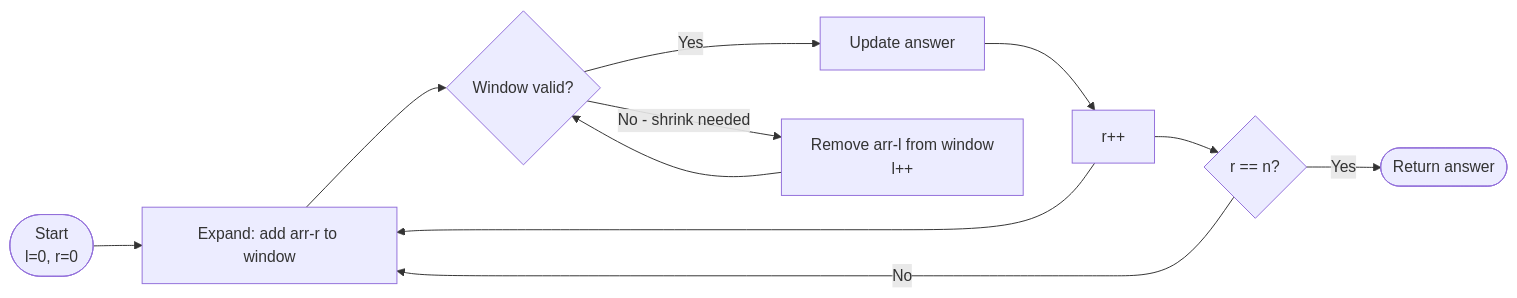
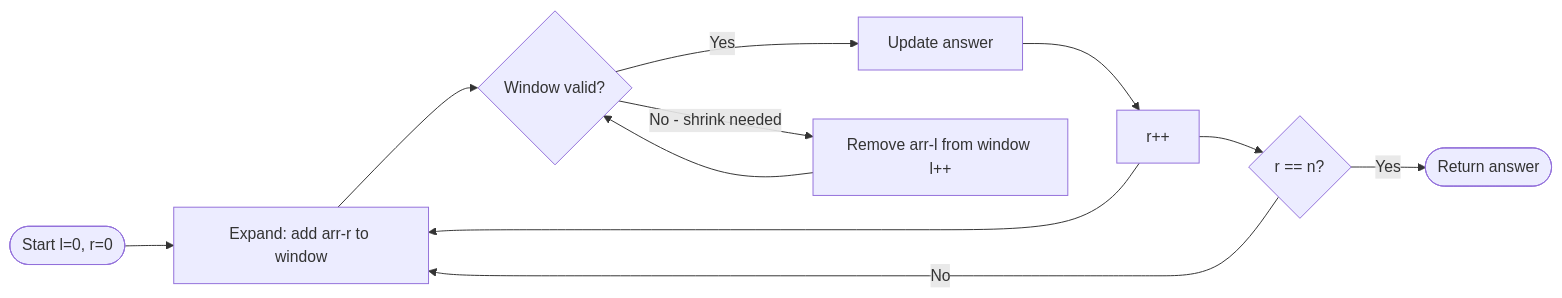
Before and after one commit to deepanshu-rawat6/AlgoAtlas: the fourth of 6 diagrams in sliding_window/README.md, drawn with Mermaid. The commit also changed other lines of this file and 13 other files, not shown here.

````diff
--- a/sliding_window/README.md
+++ b/sliding_window/README.md
@@ -89,13 +89,13 @@
 ```mermaid
 flowchart LR
-    A([Start<br>l=0, r=0]) --> B[Expand: add arr-r to window]
+    A([Start l=0, r=0]) --> B[Expand: add arr-r to window]
     B --> C{"Window valid?"}
     C -->|Yes| D[Update answer]
     D --> E[r++]
     E --> B
-    C -->|No - shrink needed| F[Remove arr-l from window<br>l++]
+    C -->|No - shrink needed| F[Remove arr-l from window l++]
     F --> C
     E --> G{"r == n?"}
     G -->|Yes| H([Return answer])
     G -->|No| B
 ```
````
